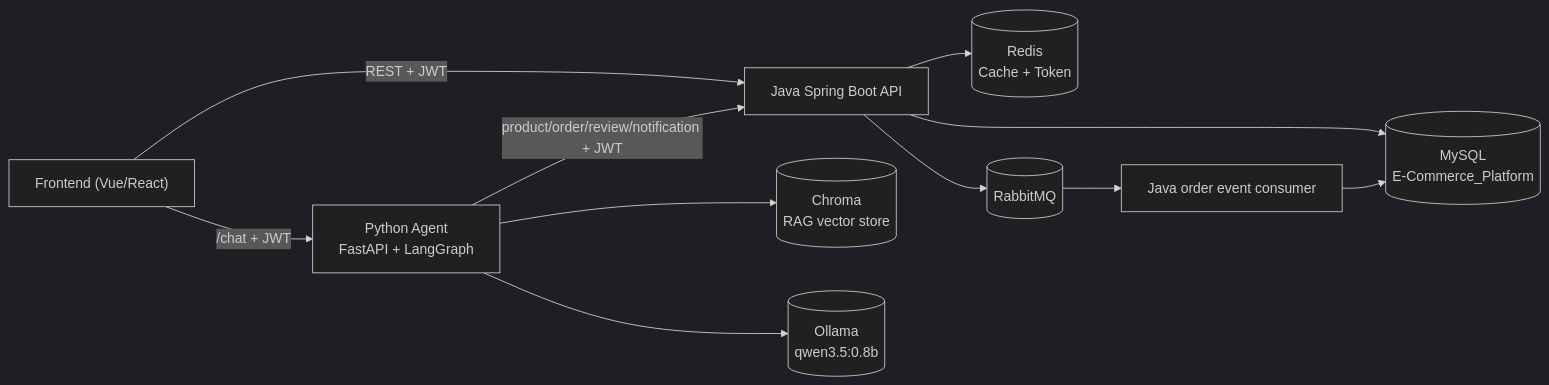
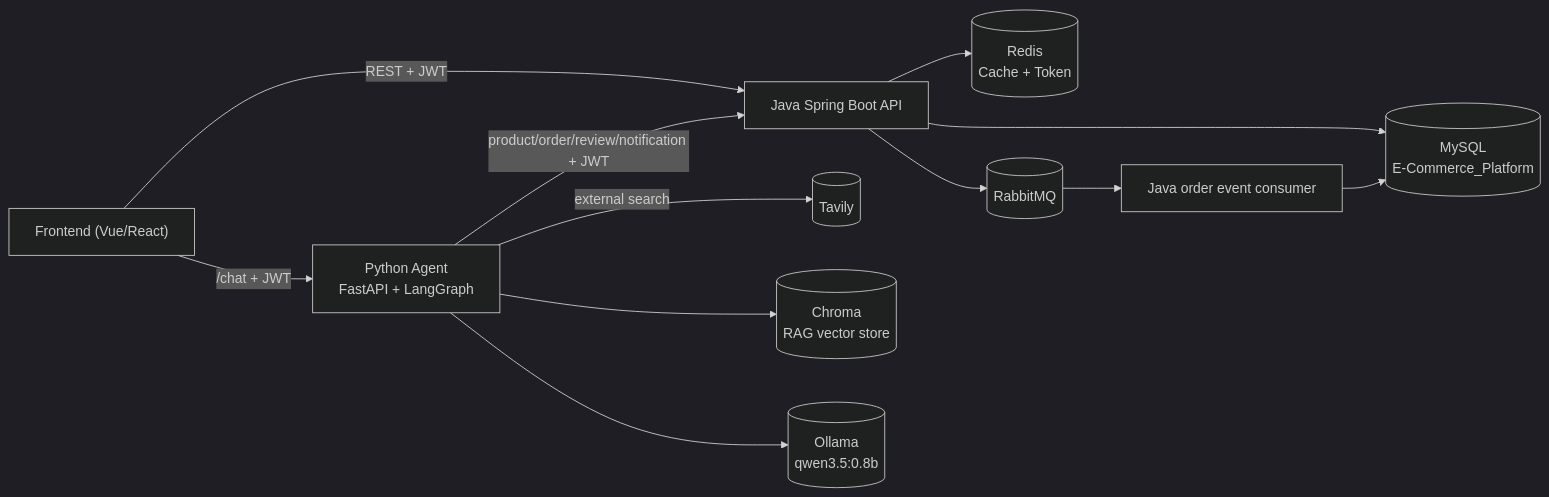
Before and after one commit to simon06817/E-Commerce-Platform: the first of 4 diagrams in README.md, drawn with Mermaid (dark theme). The commit also changed other lines of this file and 58 other files, not shown here.

````diff
--- a/README.md
+++ b/README.md
@@ -34,13 +36,14 @@
 ```mermaid
 flowchart LR
     UI["Frontend (Vue/React)"] -->|"REST + JWT"| API["Java Spring Boot API"]
     UI -->|"/chat + JWT"| AGENT["Python Agent<br/>FastAPI + LangGraph"]
     API --> MYSQL[("MySQL<br/>E-Commerce_Platform")]
     API --> REDIS[("Redis<br/>Cache + Token")]
     API --> RABBIT[("RabbitMQ")]
     RABBIT --> CONSUMER["Java order event consumer"]
     CONSUMER --> MYSQL
     AGENT -->|"product/order/review/notification + JWT"| API
+    AGENT -->|"external search"| TAVILY[("Tavily")]
     AGENT --> CHROMA[("Chroma<br/>RAG vector store")]
     AGENT --> OLLAMA[("Ollama<br/>qwen3.5:0.8b")]
 ```
````
